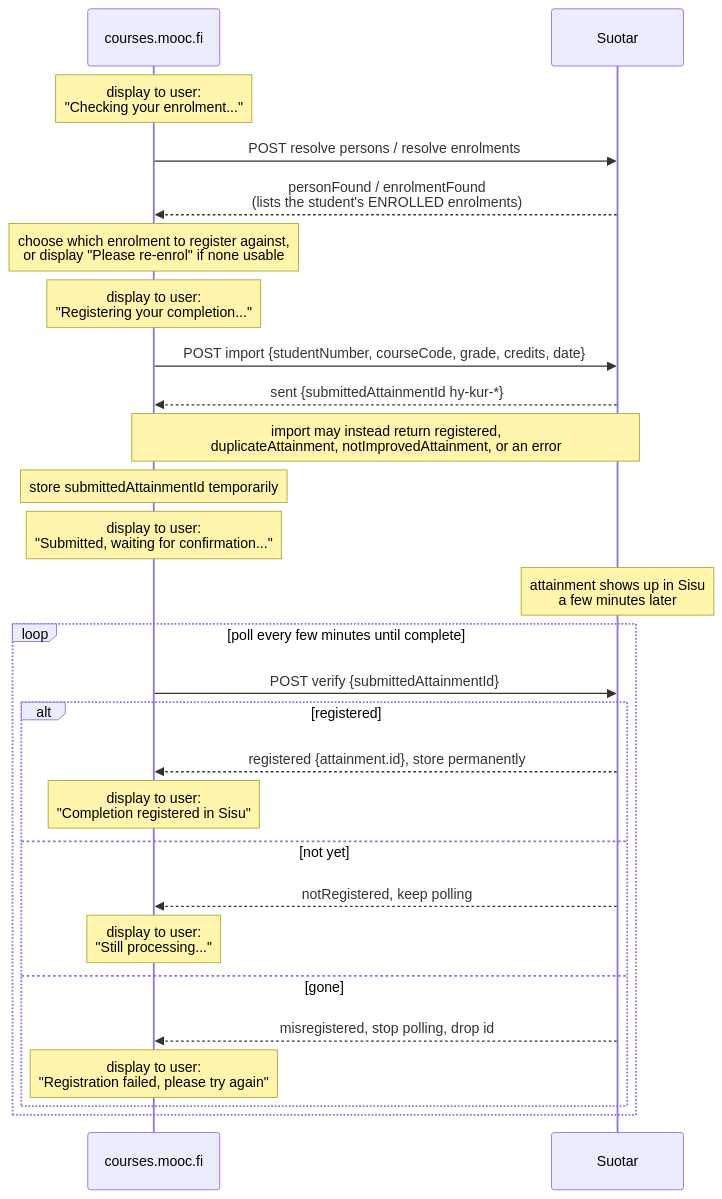
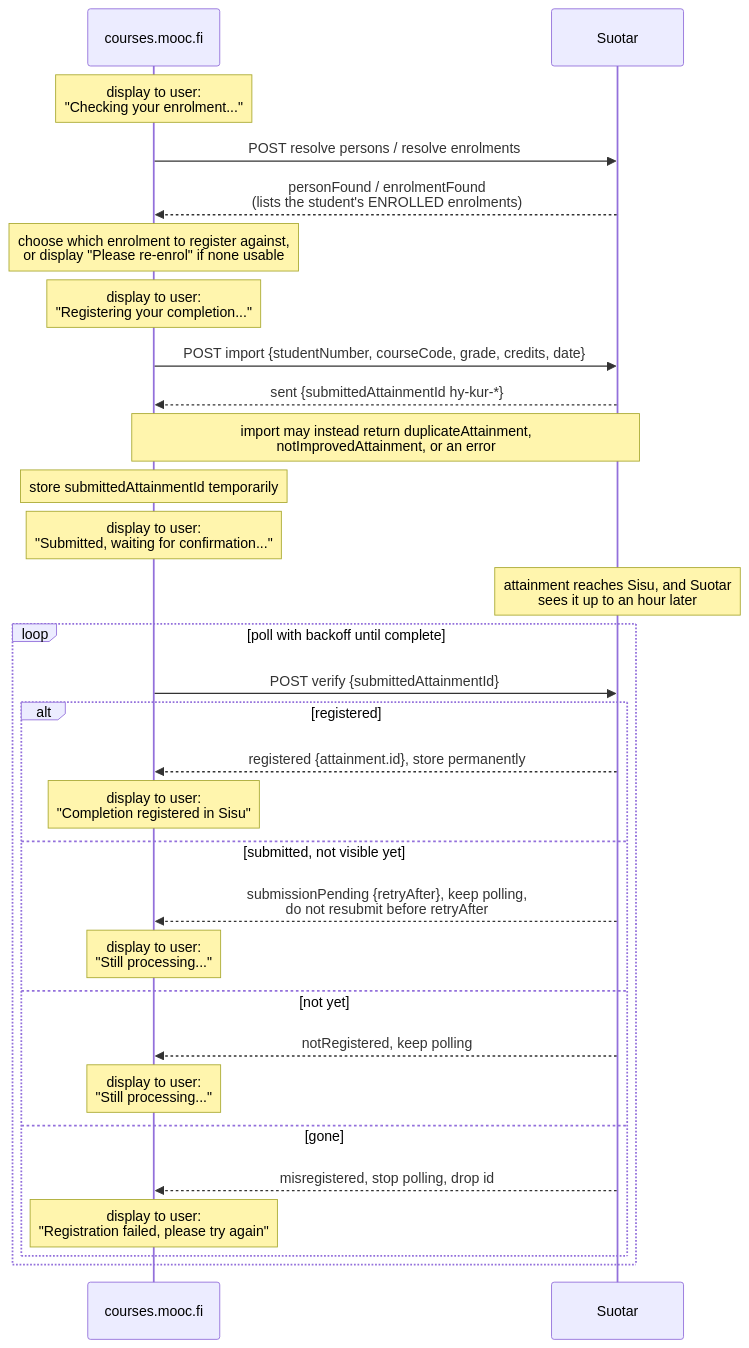
The third of 3 diagrams in documentation/moocfi-api-spec.md (UniversityOfHelsinkiCS/suoritustarkistin), drawn with Mermaid before and after one commit. The commit also changed other lines of this file and 4 other files, not shown here.

````diff
--- a/documentation/moocfi-api-spec.md
+++ b/documentation/moocfi-api-spec.md
@@ -127,33 +127,36 @@
 ```mermaid
 sequenceDiagram
     participant M as courses.mooc.fi
     participant SU as Suotar
 
     Note over M: display to user:<br/>"Checking your enrolment..."
     M->>SU: POST resolve persons / resolve enrolments
     SU-->>M: personFound / enrolmentFound<br/>(lists the student's ENROLLED enrolments)
     Note over M: choose which enrolment to register against,<br/>or display "Please re-enrol" if none usable
 
     Note over M: display to user:<br/>"Registering your completion..."
     M->>SU: POST import {studentNumber, courseCode, grade, credits, date}
     SU-->>M: sent {submittedAttainmentId hy-kur-*}
-    Note over SU,M: import may instead return registered,<br/>duplicateAttainment, notImprovedAttainment, or an error
+    Note over SU,M: import may instead return duplicateAttainment,<br/>notImprovedAttainment, or an error
     Note over M: store submittedAttainmentId temporarily
     Note over M: display to user:<br/>"Submitted, waiting for confirmation..."
 
-    Note over SU: attainment shows up in Sisu<br/>a few minutes later
+    Note over SU: attainment reaches Sisu, and Suotar<br/>sees it up to an hour later
 
-    loop poll every few minutes until complete
+    loop poll with backoff until complete
         M->>SU: POST verify {submittedAttainmentId}
         alt registered
             SU-->>M: registered {attainment.id}, store permanently
             Note over M: display to user:<br/>"Completion registered in Sisu"
+        else submitted, not visible yet
+            SU-->>M: submissionPending {retryAfter}, keep polling,<br/>do not resubmit before retryAfter
+            Note over M: display to user:<br/>"Still processing..."
         else not yet
             SU-->>M: notRegistered, keep polling
             Note over M: display to user:<br/>"Still processing..."
         else gone
             SU-->>M: misregistered, stop polling, drop id
             Note over M: display to user:<br/>"Registration failed, please try again"
         end
     end
 ```
````
